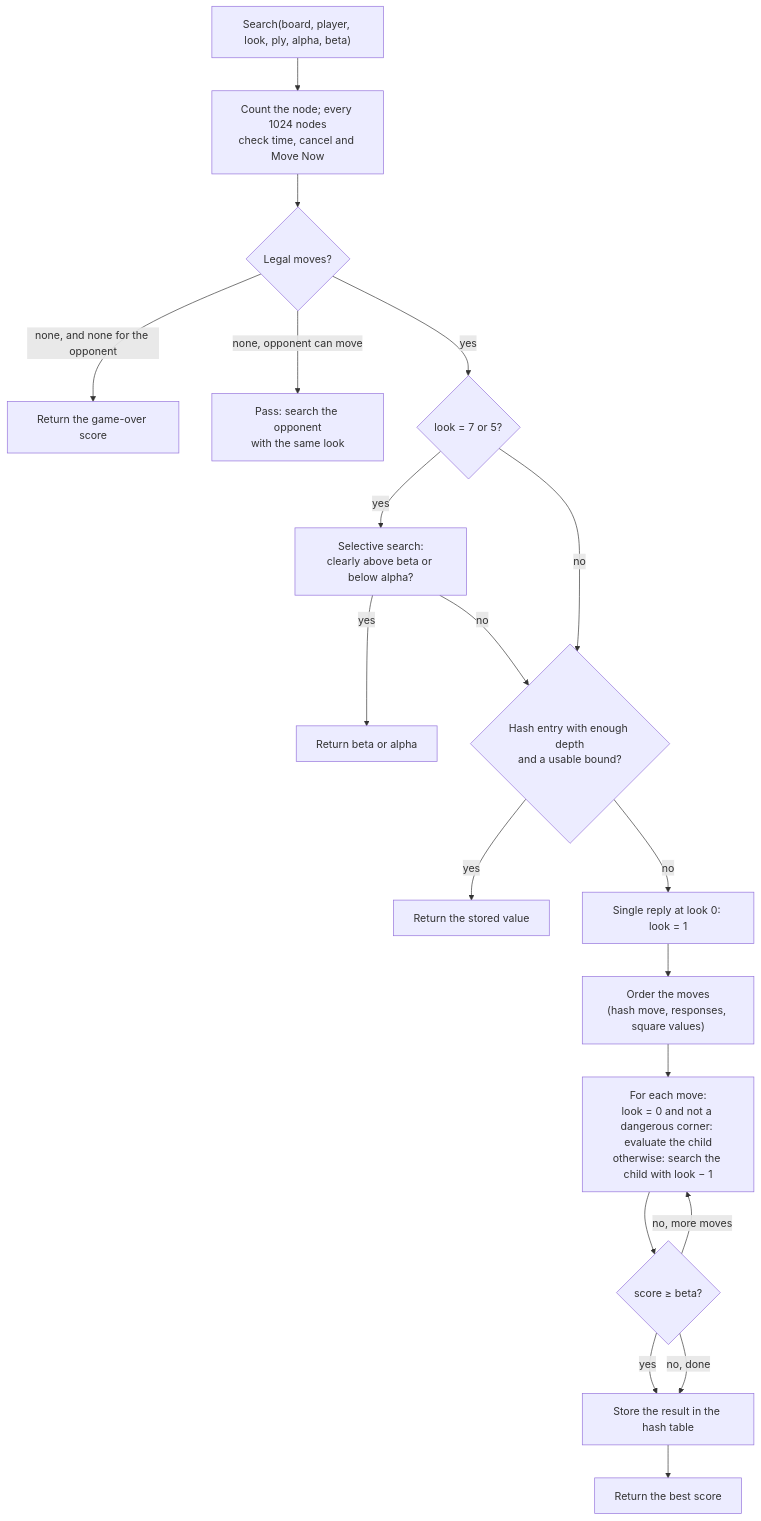
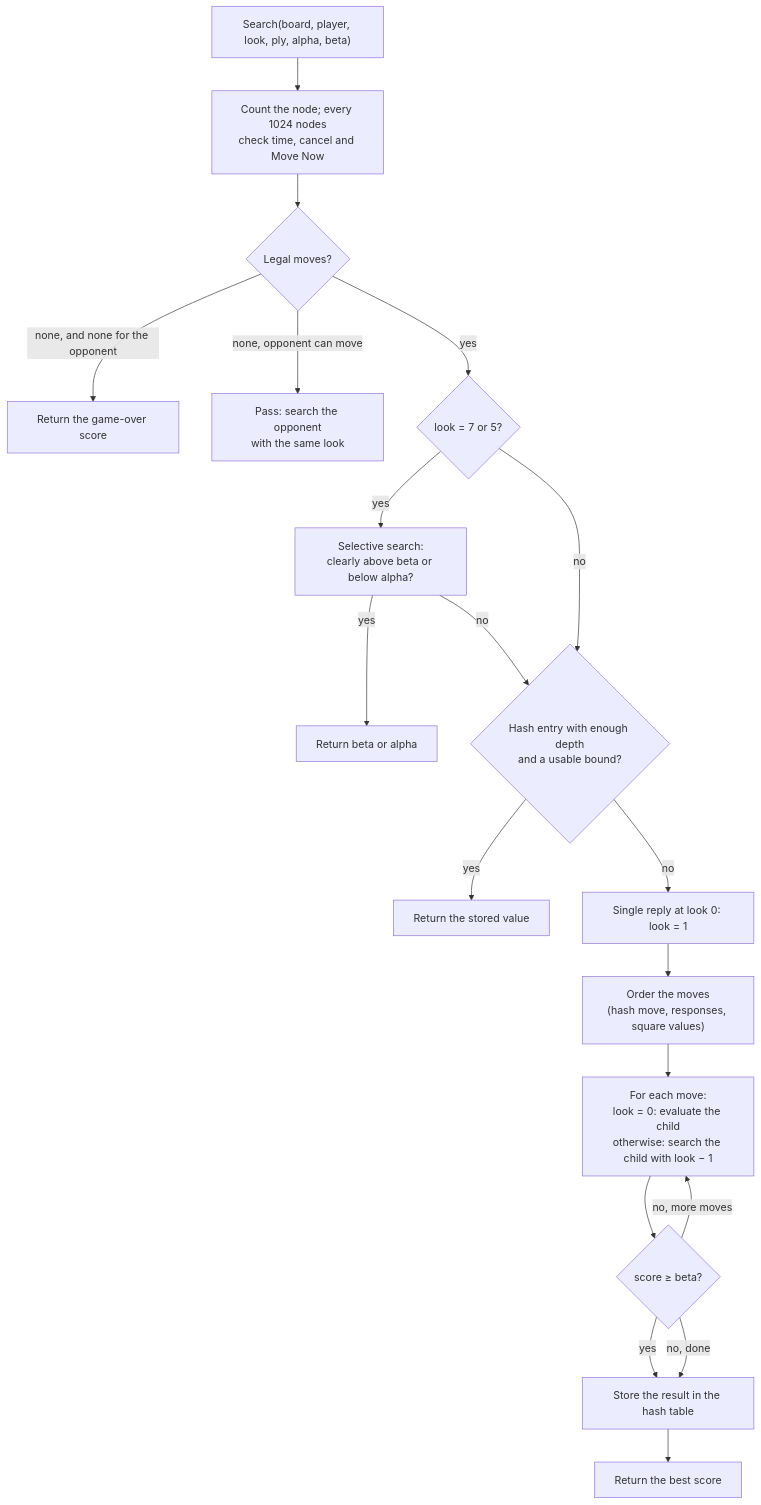
Before and after one commit to cjp-dev/Stello: the second of 3 diagrams in docs/brain/06-midgame-search.md, drawn with Mermaid. The commit also changed other lines of this file and 19 other files, not shown here.

````diff
--- a/docs/brain/06-midgame-search.md
+++ b/docs/brain/06-midgame-search.md
@@ -96,21 +96,21 @@
 ```mermaid
 flowchart TD
     N["Search(board, player, look, ply, alpha, beta)"] --> Count["Count the node; every 1024 nodes<br/>check time, cancel and Move Now"]
     Count --> Legal{"Legal moves?"}
     Legal -- "none, and none for the opponent" --> Over["Return the game-over score"]
     Legal -- "none, opponent can move" --> PassNode["Pass: search the opponent<br/>with the same look"]
     Legal -- "yes" --> Sel{"look = 7 or 5?"}
     Sel -- "yes" --> SelTest["Selective search:<br/>clearly above beta or below alpha?"]
     SelTest -- "yes" --> SelCut["Return beta or alpha"]
     SelTest -- "no" --> Hash
     Sel -- "no" --> Hash{"Hash entry with enough depth<br/>and a usable bound?"}
     Hash -- "yes" --> HashCut["Return the stored value"]
     Hash -- "no" --> Ext["Single reply at look 0: look = 1"]
     Ext --> Order["Order the moves<br/>(hash move, responses, square values)"]
-    Order --> Loop["For each move:<br/>look = 0 and not a dangerous corner: evaluate the child<br/>otherwise: search the child with look − 1"]
+    Order --> Loop["For each move:<br/>look = 0: evaluate the child<br/>otherwise: search the child with look − 1"]
     Loop --> Cut{"score ≥ beta?"}
     Cut -- "yes" --> Store
     Cut -- "no, more moves" --> Loop
     Cut -- "no, done" --> Store["Store the result in the hash table"]
     Store --> Ret["Return the best score"]
 ```
````
